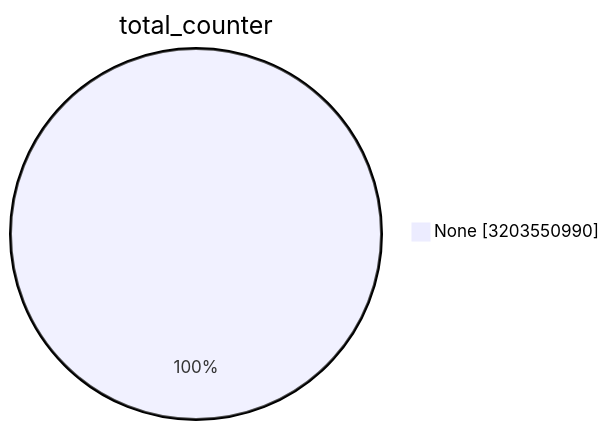
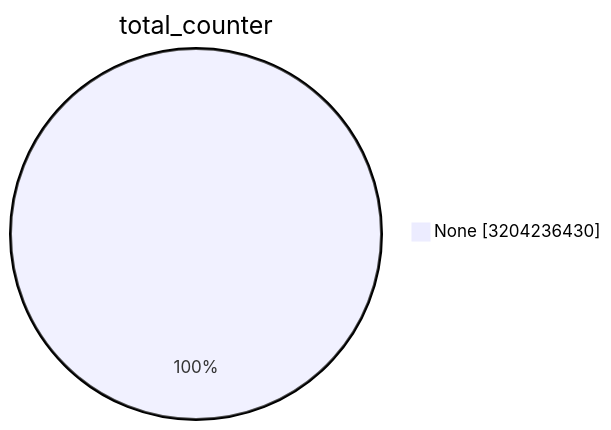
The first of 15 diagrams in TOTAL/README.md (christiankrug/ctmonitor_visualization), drawn with Mermaid before and after one commit. The commit also changed other lines of this file, not shown here.

````diff
--- a/TOTAL/README.md
+++ b/TOTAL/README.md
@@ -1,5 +1,5 @@
 ```mermaid
 pie showData
 title total_counter
-"None" :3203550990
+"None" :3204236430
 ```
````
